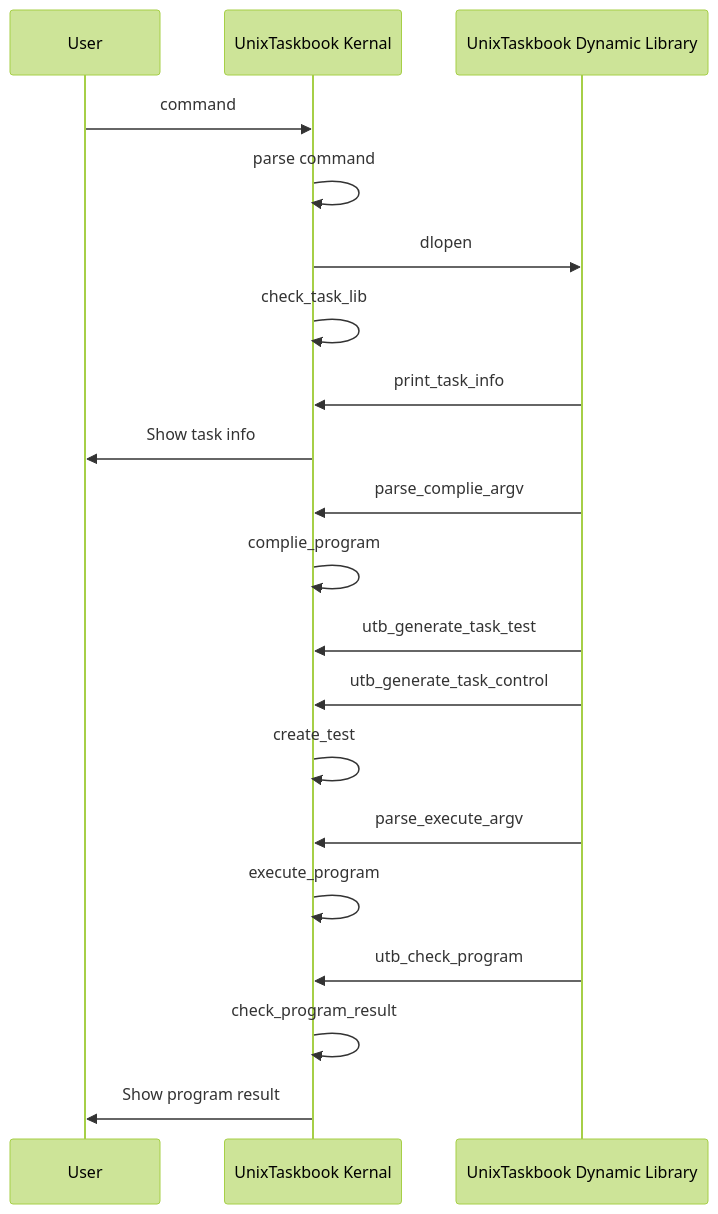
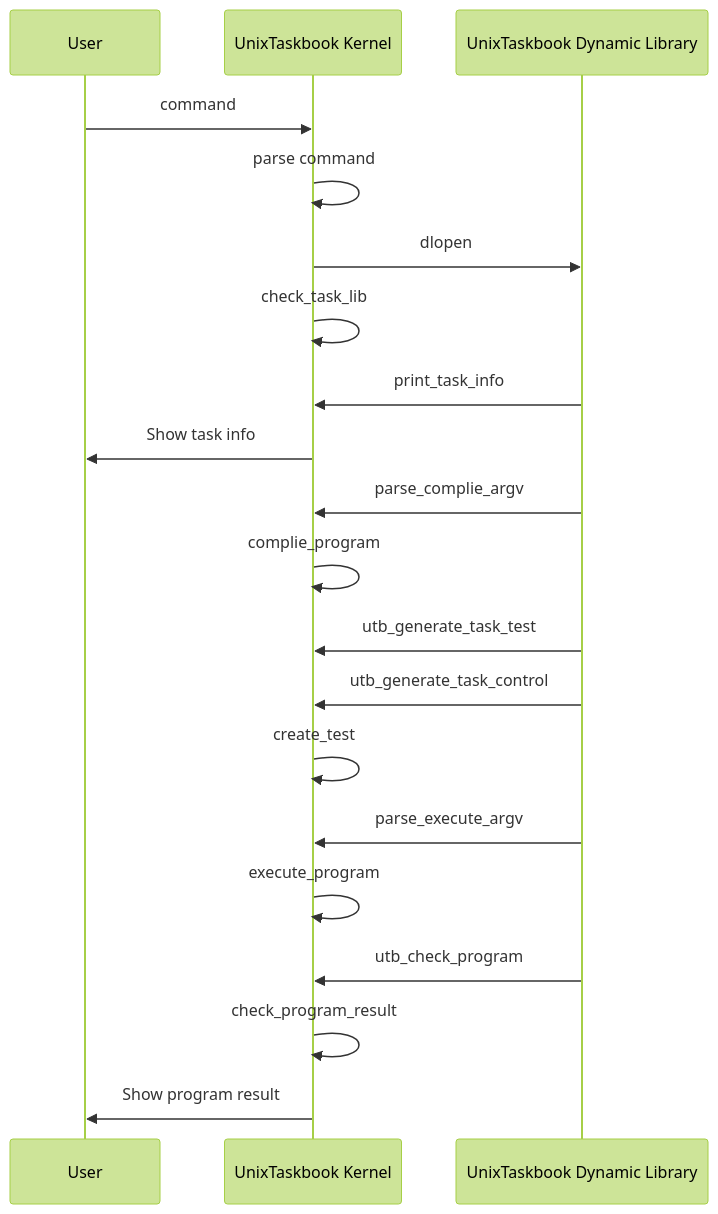
One commit to KCNyu/UnixTaskbook changed the diagram in mermaid/structure.mmd. Above: the diagram before and after it, drawn with Mermaid (forest theme). The commit also changed 1 other file, not shown here.

```diff
--- a/mermaid/structure.mmd
+++ b/mermaid/structure.mmd
@@ -1,17 +1,17 @@
 sequenceDiagram
-User->>UnixTaskbook Kernal: command
-UnixTaskbook Kernal->>UnixTaskbook Kernal: parse command
-UnixTaskbook Kernal->>UnixTaskbook Dynamic Library: dlopen
-UnixTaskbook Kernal->>UnixTaskbook Kernal: check_task_lib
-UnixTaskbook Dynamic Library->>UnixTaskbook Kernal: print_task_info
-UnixTaskbook Kernal ->> User: Show task info
-UnixTaskbook Dynamic Library->>UnixTaskbook Kernal: parse_complie_argv
-UnixTaskbook Kernal->>UnixTaskbook Kernal: complie_program
-UnixTaskbook Dynamic Library->>UnixTaskbook Kernal: utb_generate_task_test
-UnixTaskbook Dynamic Library->>UnixTaskbook Kernal: utb_generate_task_control
-UnixTaskbook Kernal->>UnixTaskbook Kernal: create_test
-UnixTaskbook Dynamic Library->>UnixTaskbook Kernal: parse_execute_argv
-UnixTaskbook Kernal->>UnixTaskbook Kernal: execute_program
-UnixTaskbook Dynamic Library->>UnixTaskbook Kernal: utb_check_program
-UnixTaskbook Kernal->>UnixTaskbook Kernal: check_program_result
-UnixTaskbook Kernal->>User: Show program result
+User->>UnixTaskbook Kernel: command
+UnixTaskbook Kernel->>UnixTaskbook Kernel: parse command
+UnixTaskbook Kernel->>UnixTaskbook Dynamic Library: dlopen
+UnixTaskbook Kernel->>UnixTaskbook Kernel: check_task_lib
+UnixTaskbook Dynamic Library->>UnixTaskbook Kernel: print_task_info
+UnixTaskbook Kernel ->> User: Show task info
+UnixTaskbook Dynamic Library->>UnixTaskbook Kernel: parse_complie_argv
+UnixTaskbook Kernel->>UnixTaskbook Kernel: complie_program
+UnixTaskbook Dynamic Library->>UnixTaskbook Kernel: utb_generate_task_test
+UnixTaskbook Dynamic Library->>UnixTaskbook Kernel: utb_generate_task_control
+UnixTaskbook Kernel->>UnixTaskbook Kernel: create_test
+UnixTaskbook Dynamic Library->>UnixTaskbook Kernel: parse_execute_argv
+UnixTaskbook Kernel->>UnixTaskbook Kernel: execute_program
+UnixTaskbook Dynamic Library->>UnixTaskbook Kernel: utb_check_program
+UnixTaskbook Kernel->>UnixTaskbook Kernel: check_program_result
+UnixTaskbook Kernel->>User: Show program result
```
